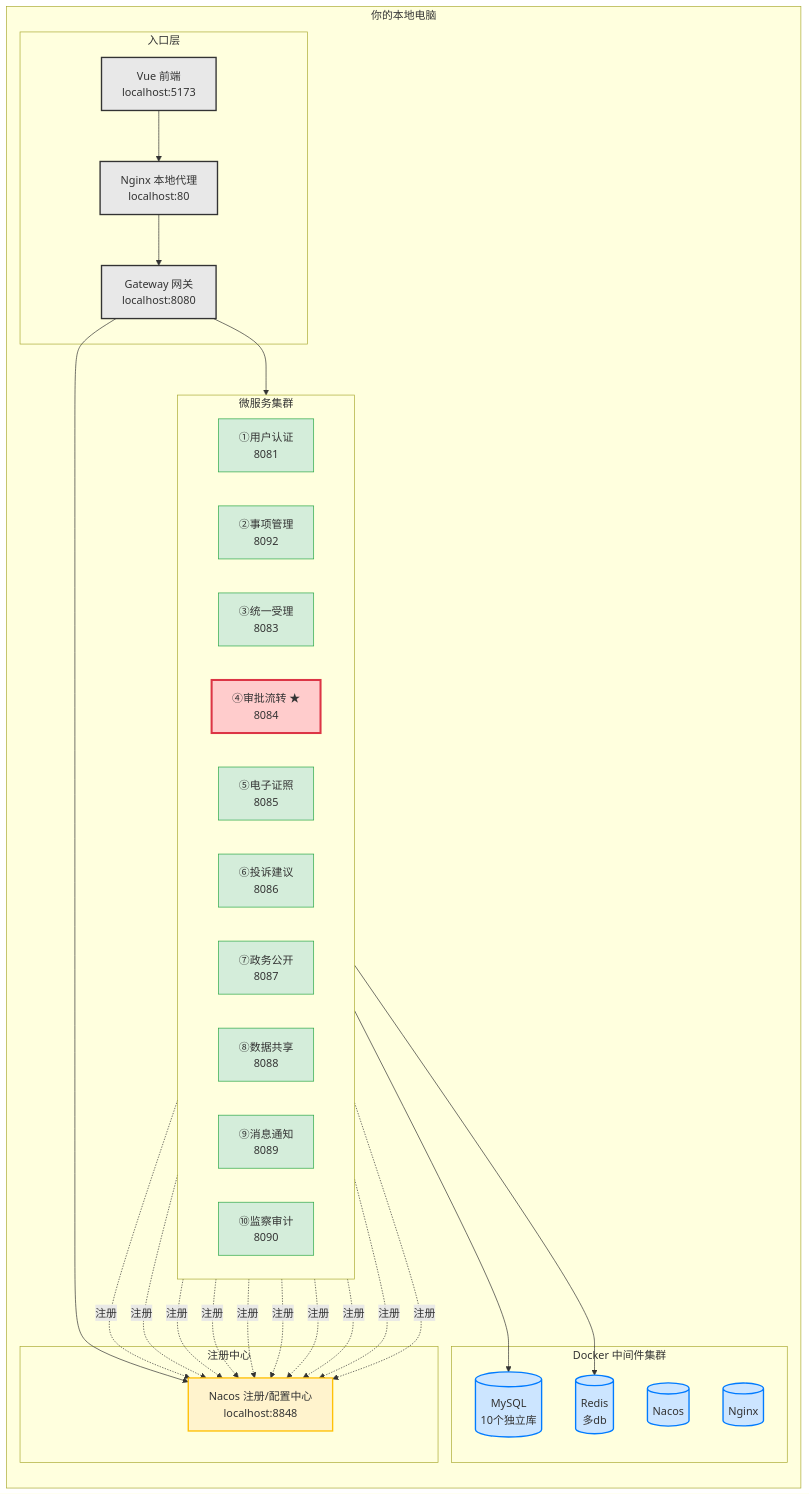
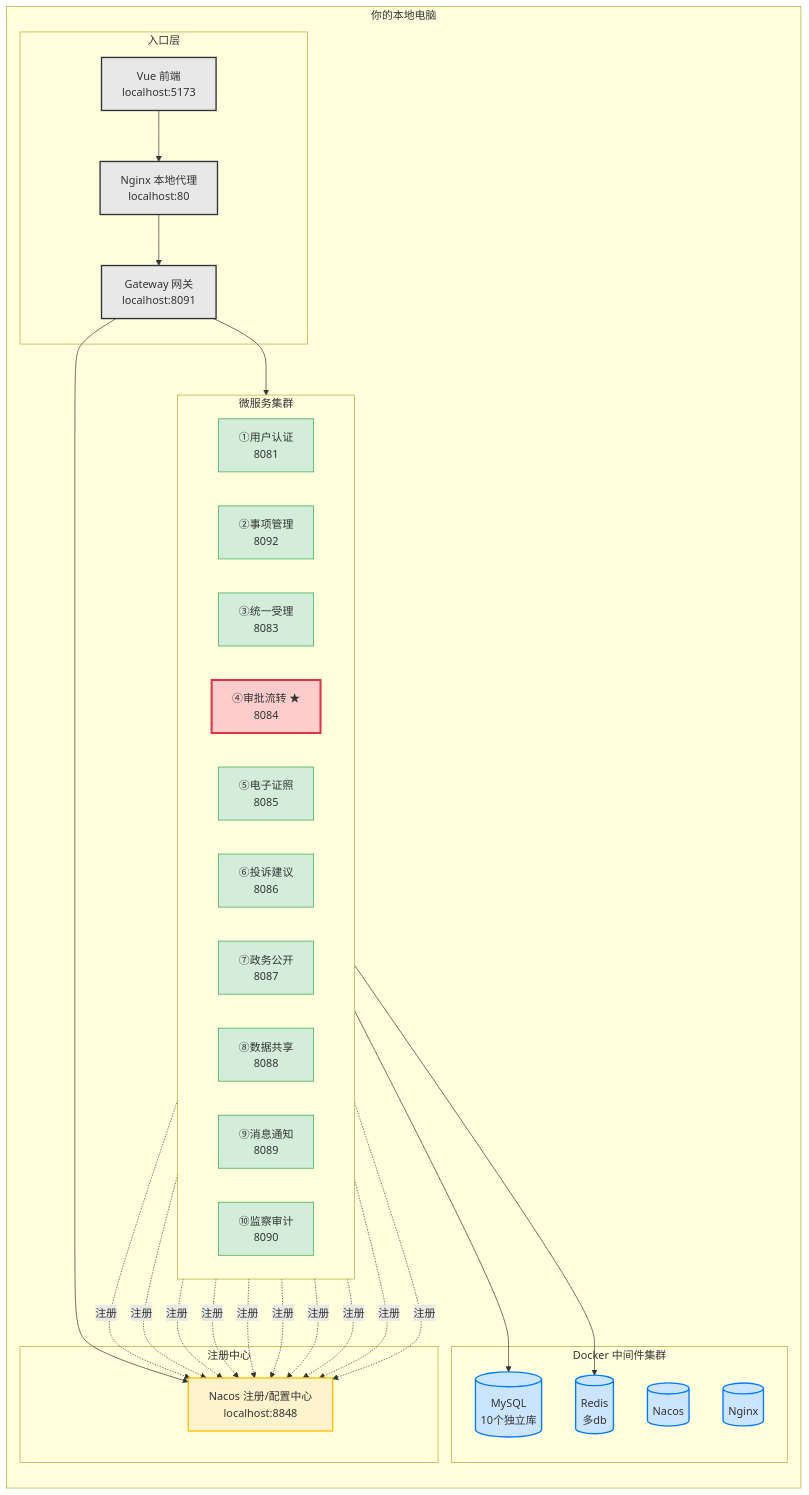
Before and after one commit to Liu3389/gov-platform: the first of 2 diagrams in docs/00-项目文档/项目介绍.md, drawn with Mermaid. The commit also changed other lines of this file and 19 other files, not shown here.

````diff
--- a/docs/00-项目文档/项目介绍.md
+++ b/docs/00-项目文档/项目介绍.md
@@ -55,71 +55,71 @@
 ```mermaid
 graph LR
     subgraph Local[你的本地电脑]
         
         subgraph Entry[入口层]
             Vue[Vue 前端<br>localhost:5173]
             Nginx[Nginx 本地代理<br>localhost:80]
-            Gateway[Gateway 网关<br>localhost:8080]
+            Gateway[Gateway 网关<br>localhost:8091]
         end
 
         subgraph Registry[注册中心]
             Nacos[Nacos 注册/配置中心<br>localhost:8848]
         end
 
         subgraph Services[微服务集群]
             direction LR
             User[①用户认证<br>8081]
             Item[②事项管理<br>8092]
             Reception[③统一受理<br>8083]
             Activiti[④审批流转 ★<br>8084]
             License[⑤电子证照<br>8085]
             Complaint[⑥投诉建议<br>8086]
             Open[⑦政务公开<br>8087]
             DataShare[⑧数据共享<br>8088]
             Message[⑨消息通知<br>8089]
             Monitor[⑩监察审计<br>8090]
         end
 
         subgraph Middleware[Docker 中间件集群]
             MySQL[(MySQL<br>10个独立库)]
             Redis[(Redis<br>多db)]
             NacosDB[(Nacos)]
             NginxProxy[(Nginx)]
         end
     end
 
     %% 入口层连接
     Vue --> Nginx
     Nginx --> Gateway
     Gateway --> Nacos
     Gateway --> Services
 
     %% 服务注册到Nacos
     User -.->|注册| Nacos
     Item -.->|注册| Nacos
     Reception -.->|注册| Nacos
     Activiti -.->|注册| Nacos
     License -.->|注册| Nacos
     Complaint -.->|注册| Nacos
     Open -.->|注册| Nacos
     DataShare -.->|注册| Nacos
     Message -.->|注册| Nacos
     Monitor -.->|注册| Nacos
 
     %% 服务访问中间件
     Services --> MySQL
     Services --> Redis
 
     %% 样式
     classDef entry fill:#e8e8e8,stroke:#333,stroke-width:2px;
     classDef registry fill:#fff3cd,stroke:#ffc107,stroke-width:2px;
     classDef service fill:#d4edda,stroke:#28a745,stroke-width:1px;
     classDef activiti fill:#ffcccc,stroke:#dc3545,stroke-width:3px;
     classDef middleware fill:#cce5ff,stroke:#007bff,stroke-width:2px;
 
     class Vue,Nginx,Gateway entry;
     class Nacos registry;
     class User,Item,Reception,License,Complaint,Open,DataShare,Message,Monitor service;
     class Activiti activiti;
     class MySQL,Redis,NacosDB,NginxProxy middleware;
 ```
````
